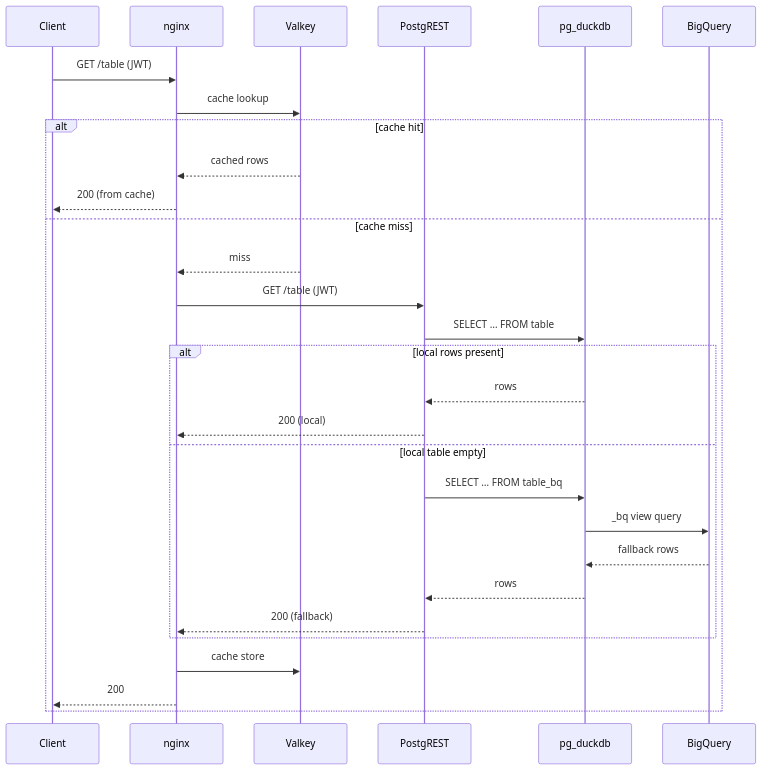
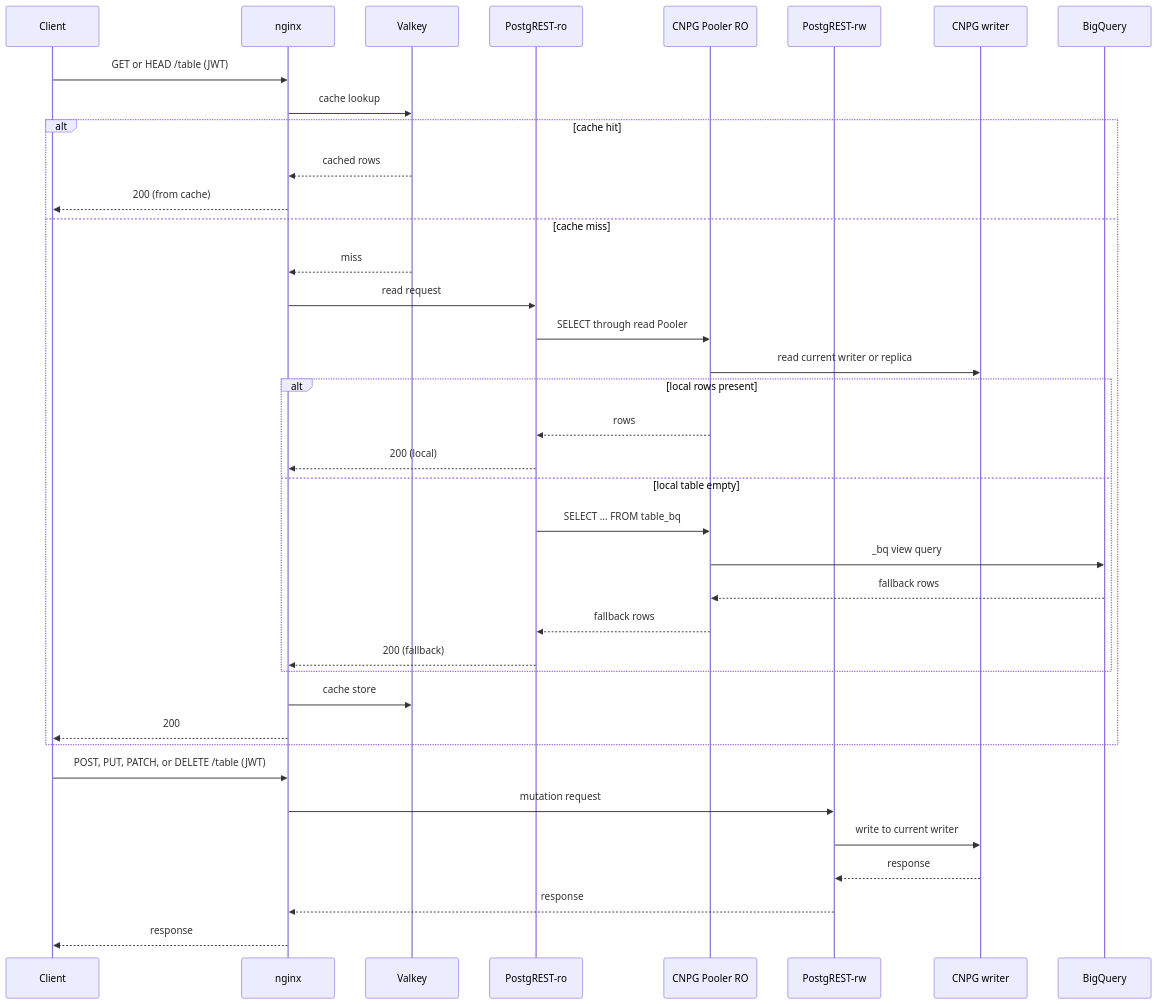
Before and after one commit to prefeitura-rio/data-proxy: the second of 4 diagrams in docs/architecture.md, drawn with Mermaid. The commit also changed other lines of this file and 10 other files, not shown here.

Commit message:
docs: update architecture and operations documentation

````diff
--- a/docs/architecture.md
+++ b/docs/architecture.md
@@ -66,32 +72,41 @@
 ```mermaid
 sequenceDiagram
     participant C as Client
     participant N as nginx
     participant R as Valkey
-    participant P as PostgREST
-    participant DB as pg_duckdb
+    participant RO as PostgREST-ro
+    participant RP as CNPG Pooler RO
+    participant RW as PostgREST-rw
+    participant CW as CNPG writer
     participant BQ as BigQuery
 
-    C->>N: GET /table (JWT)
+    C->>N: GET or HEAD /table (JWT)
     N->>R: cache lookup
     alt cache hit
         R-->>N: cached rows
         N-->>C: 200 (from cache)
     else cache miss
         R-->>N: miss
-        N->>P: GET /table (JWT)
-        P->>DB: SELECT … FROM table
+        N->>RO: read request
+        RO->>RP: SELECT through read Pooler
+        RP->>CW: read current writer or replica
         alt local rows present
-            DB-->>P: rows
-            P-->>N: 200 (local)
+            RP-->>RO: rows
+            RO-->>N: 200 (local)
         else local table empty
-            P->>DB: SELECT … FROM table_bq
-            DB->>BQ: _bq view query
-            BQ-->>DB: fallback rows
-            DB-->>P: rows
-            P-->>N: 200 (fallback)
+            RO->>RP: SELECT … FROM table_bq
+            RP->>BQ: _bq view query
+            BQ-->>RP: fallback rows
+            RP-->>RO: fallback rows
+            RO-->>N: 200 (fallback)
         end
         N->>R: cache store
         N-->>C: 200
     end
+    C->>N: POST, PUT, PATCH, or DELETE /table (JWT)
+    N->>RW: mutation request
+    RW->>CW: write to current writer
+    CW-->>RW: response
+    RW-->>N: response
+    N-->>C: response
 ```
````
